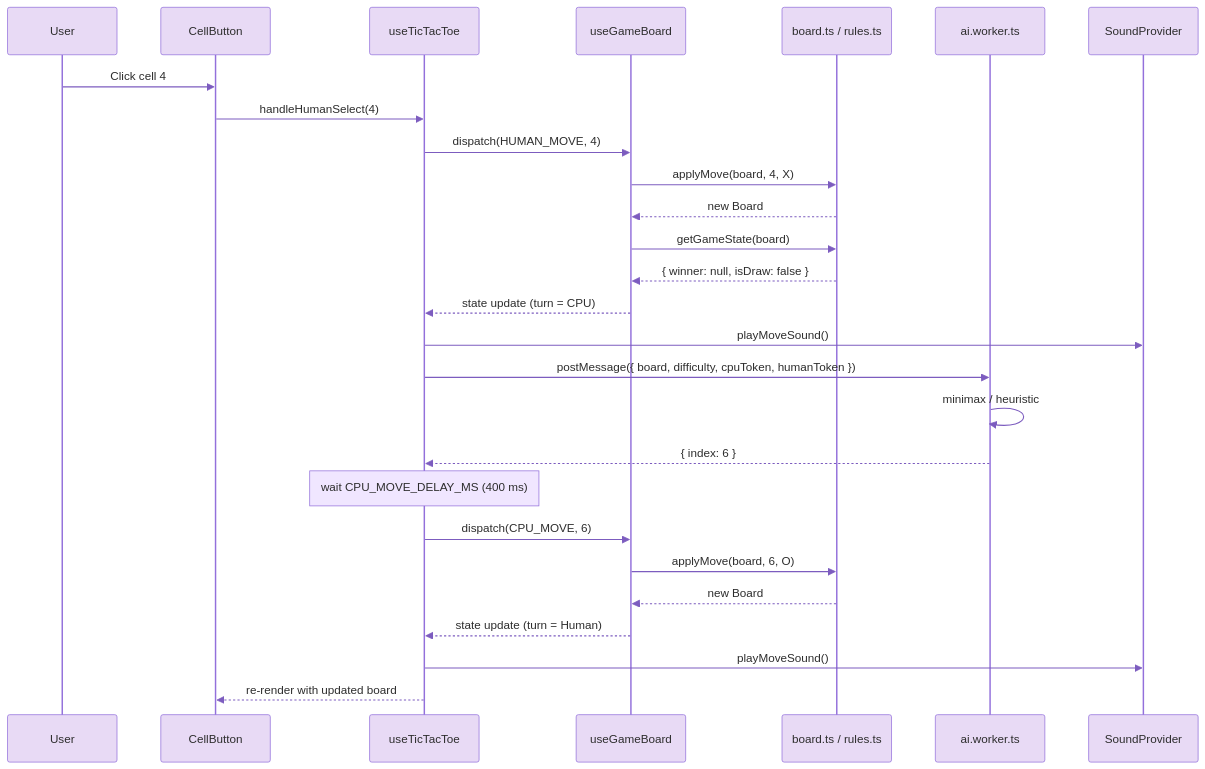
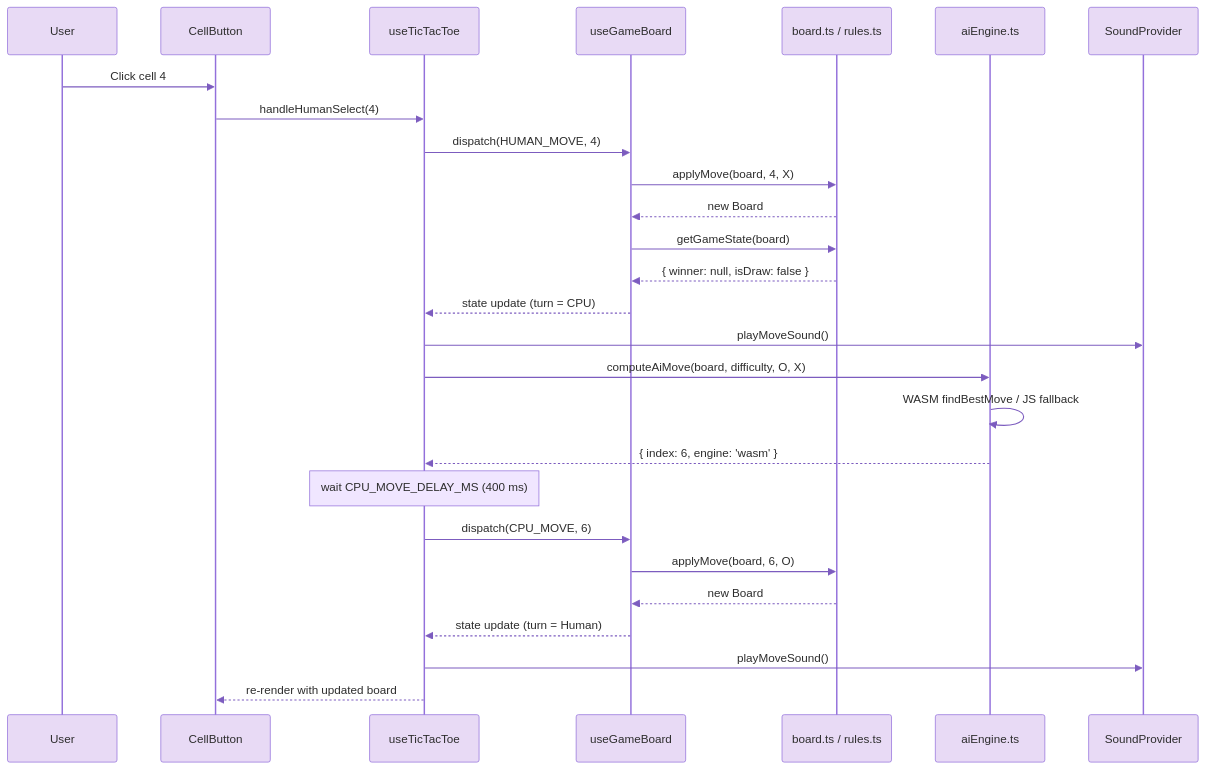
Before and after one commit to scottdreinhart/tictactoe: the seventh of 9 diagrams in README.md, drawn with Mermaid. The commit also changed other lines of this file and 17 other files, not shown here.

Commit message:
feat: WASM AI engine for all difficulties, eliminate Web Worker, always-force Vite rebuild

````diff
--- a/README.md
+++ b/README.md
@@ -687,31 +688,31 @@
 ```mermaid
 %%{init: {'theme': 'base', 'themeVariables': {'primaryColor': '#e8daf5', 'primaryTextColor': '#2d2d2d', 'primaryBorderColor': '#9370DB', 'lineColor': '#7c5cbf', 'secondaryColor': '#f0e6ff', 'tertiaryColor': '#f8f2ff', 'actorBkg': '#e8daf5', 'actorBorder': '#9370DB', 'actorTextColor': '#2d2d2d', 'activationBkgColor': '#f0e6ff', 'activationBorderColor': '#9370DB', 'signalColor': '#7c5cbf', 'signalTextColor': '#2d2d2d', 'noteBkgColor': '#f0e6ff', 'noteBorderColor': '#9370DB', 'noteTextColor': '#2d2d2d', 'fontFamily': 'system-ui'}, 'sequence': {'boxMargin': 10, 'noteMargin': 15, 'messageMargin': 40, 'actorMargin': 60}}}%%
 sequenceDiagram
     participant User
     participant UI as CellButton
     participant Hook as useTicTacToe
     participant Reducer as useGameBoard
     participant Domain as board.ts / rules.ts
-    participant Worker as ai.worker.ts
+    participant Engine as aiEngine.ts
     participant Sound as SoundProvider
 
     User->>UI: Click cell 4
     UI->>Hook: handleHumanSelect(4)
     Hook->>Reducer: dispatch(HUMAN_MOVE, 4)
     Reducer->>Domain: applyMove(board, 4, X)
     Domain-->>Reducer: new Board
     Reducer->>Domain: getGameState(board)
     Domain-->>Reducer: { winner: null, isDraw: false }
     Reducer-->>Hook: state update (turn = CPU)
     Hook->>Sound: playMoveSound()
-    Hook->>Worker: postMessage({ board, difficulty, cpuToken, humanToken })
-    Worker->>Worker: minimax / heuristic
-    Worker-->>Hook: { index: 6 }
+    Hook->>Engine: computeAiMove(board, difficulty, O, X)
+    Engine->>Engine: WASM findBestMove / JS fallback
+    Engine-->>Hook: { index: 6, engine: 'wasm' }
     Note over Hook: wait CPU_MOVE_DELAY_MS (400 ms)
     Hook->>Reducer: dispatch(CPU_MOVE, 6)
     Reducer->>Domain: applyMove(board, 6, O)
     Domain-->>Reducer: new Board
     Reducer-->>Hook: state update (turn = Human)
     Hook->>Sound: playMoveSound()
     Hook-->>UI: re-render with updated board
 ```
````
